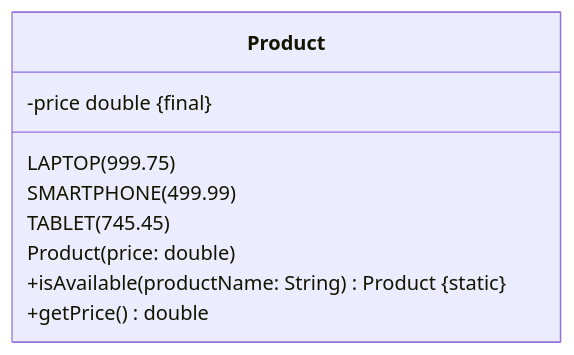
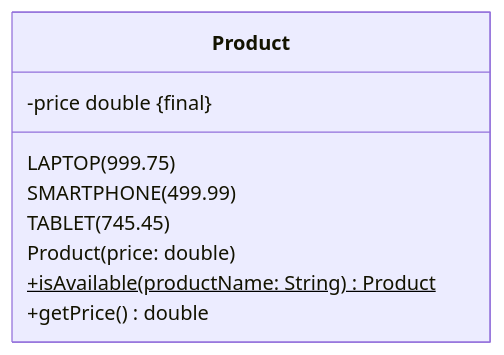
Before and after one commit to wielandjan/java_helloWorld_1: the fourth of 4 diagrams in scr/exercises/Programmieren1/SampleExam/ReadMe.md, drawn with Mermaid. The commit also changed other lines of this file, not shown here.

````diff
--- a/scr/exercises/Programmieren1/SampleExam/ReadMe.md
+++ b/scr/exercises/Programmieren1/SampleExam/ReadMe.md
@@ -209,13 +209,13 @@
 ```mermaid
 classDiagram
     class Product {
         LAPTOP(999.75)
         SMARTPHONE(499.99)
         TABLET(745.45)
 
         -price double #123;final#125;
         Product(price: double)
-        +isAvailable(productName: String) Product #123;static#125;
+        +isAvailable(productName: String) Product$
         +getPrice() double
     }
 ```
````
